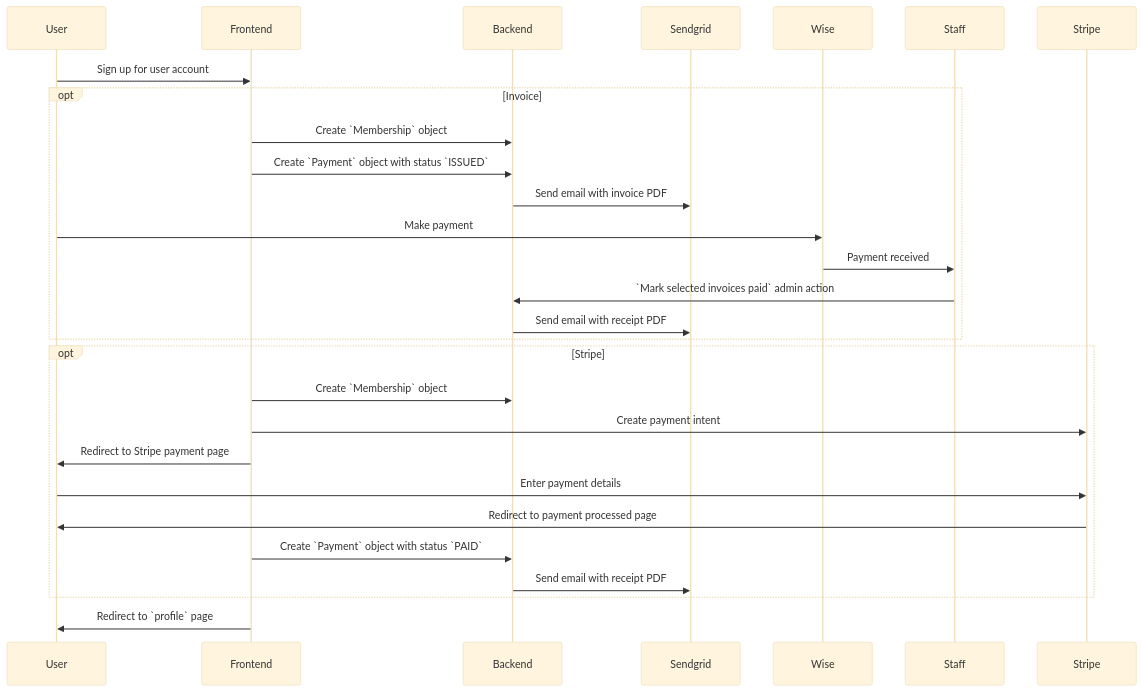
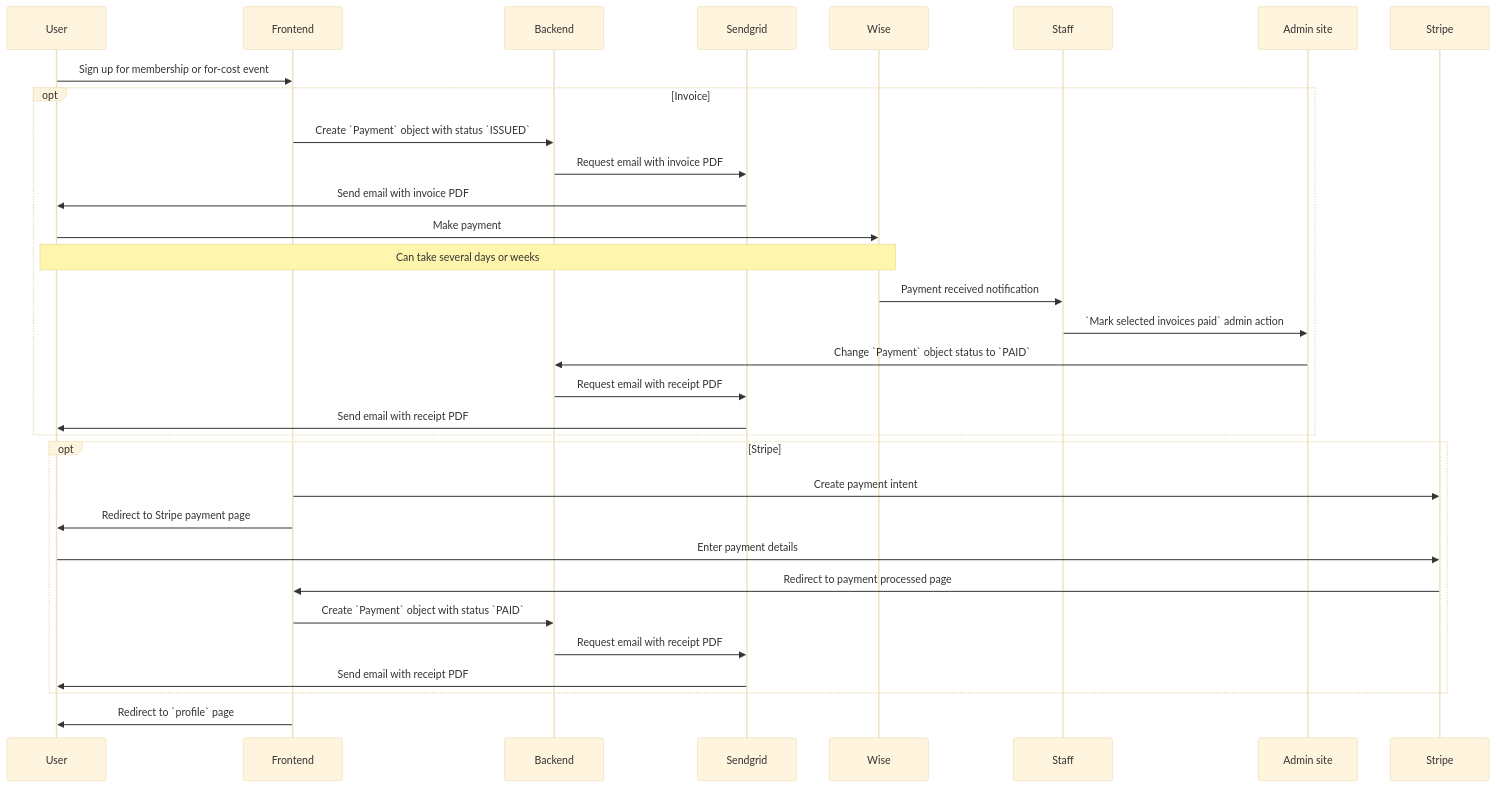
Before and after one commit to sentier-dev/dds_registration: the second of 4 diagrams in README.md, drawn with Mermaid (base theme). The commit also changed other lines of this file, not shown here.

````diff
--- a/README.md
+++ b/README.md
@@ -28,23 +28,26 @@
 ```mermaid
 sequenceDiagram
-    User->>Frontend: Sign up for user account
+    User->>Frontend: Sign up for membership or for-cost event
     opt Invoice
-        Frontend->>Backend: Create `Membership` object
         Frontend->>Backend: Create `Payment` object with status `ISSUED`
-        Backend->>Sendgrid: Send email with invoice PDF
+        Backend->>Sendgrid: Request email with invoice PDF
+        Sendgrid->>User: Send email with invoice PDF
         User->>Wise: Make payment
-        Wise->>Staff: Payment received
-        Staff->>Backend: `Mark selected invoices paid` admin action
-        Backend->>Sendgrid: Send email with receipt PDF
+        Note over User,Wise: Can take several days or weeks
+        Wise->>Staff: Payment received notification
+        Staff->>Admin site: `Mark selected invoices paid` admin action
+        Admin site->>Backend: Change `Payment` object status to `PAID`
+        Backend->>Sendgrid: Request email with receipt PDF
+        Sendgrid->>User: Send email with receipt PDF
     end
     opt Stripe
-        Frontend->>Backend: Create `Membership` object
         Frontend->>Stripe: Create payment intent
         Frontend->>User: Redirect to Stripe payment page
         User->>Stripe: Enter payment details
-        Stripe->>User: Redirect to payment processed page
+        Stripe->>Frontend: Redirect to payment processed page
         Frontend->>Backend: Create `Payment` object with status `PAID`
-        Backend->>Sendgrid: Send email with receipt PDF
+        Backend->>Sendgrid: Request email with receipt PDF
+        Sendgrid->>User: Send email with receipt PDF
     end
     Frontend->>User: Redirect to `profile` page
 ```
````
